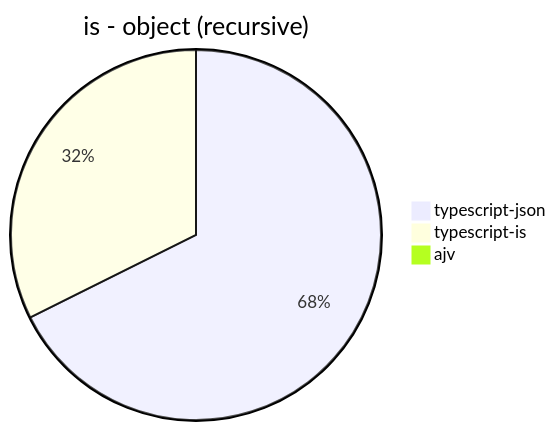
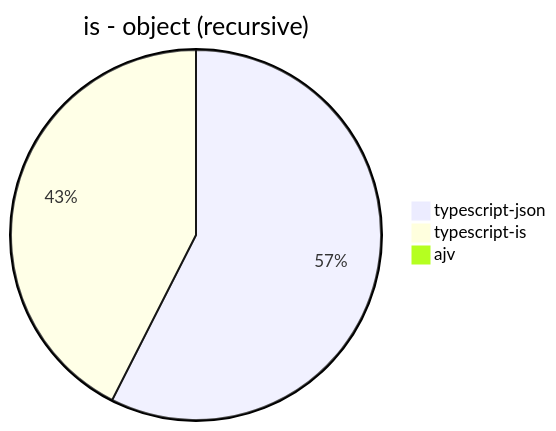
The eighth of 30 diagrams in benchmark/results/Apple M1 Pro.md (samchon/typia), drawn with Mermaid before and after one commit. The commit also changed other lines of this file, not shown here.

````diff
--- a/benchmark/results/Apple M1 Pro.md
+++ b/benchmark/results/Apple M1 Pro.md
@@ -84,6 +84,6 @@
 ```mermaid
 pie title is - object (recursive)
-  "typescript-json": 65181.15807112269
-  "typescript-is": 31161.945483698553
+  "typescript-json": 67825.41720154043
+  "typescript-is": 50168.80939072107
   "ajv": 0
 ```
````
